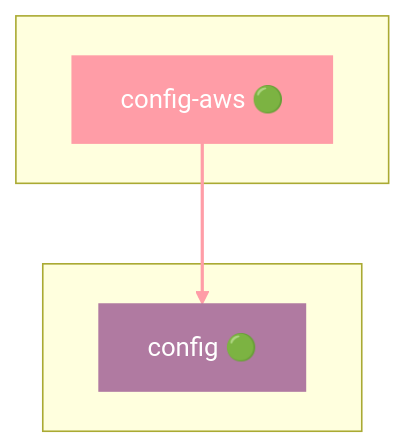
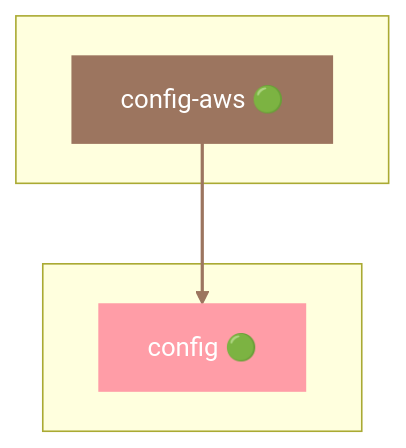
One commit to grest-ts/grest-ts changed the tenth of 48 diagrams in docs/DEPENDENCIES.md. Above: the diagram before and after it, drawn with Mermaid. The commit also changed other lines of this file and 62 other files, not shown here.

````diff
--- a/docs/DEPENDENCIES.md
+++ b/docs/DEPENDENCIES.md
@@ -717,13 +753,13 @@
 ```mermaid
 flowchart TB
     subgraph Package[" "]
         config-aws["config-aws 🟢"]
     end
     subgraph Dependencies[" "]
         config["config 🟢"]
     end
     config-aws --> config
-    style config-aws fill:#FF9DA7,stroke:#FF9DA7,color:#fff
-    style config fill:#B07AA1,stroke:#B07AA1,color:#fff
-    linkStyle 0 stroke:#FF9DA7,stroke-width:2px
+    style config-aws fill:#9C755F,stroke:#9C755F,color:#fff
+    style config fill:#FF9DA7,stroke:#FF9DA7,color:#fff
+    linkStyle 0 stroke:#9C755F,stroke-width:2px
 ```
````
